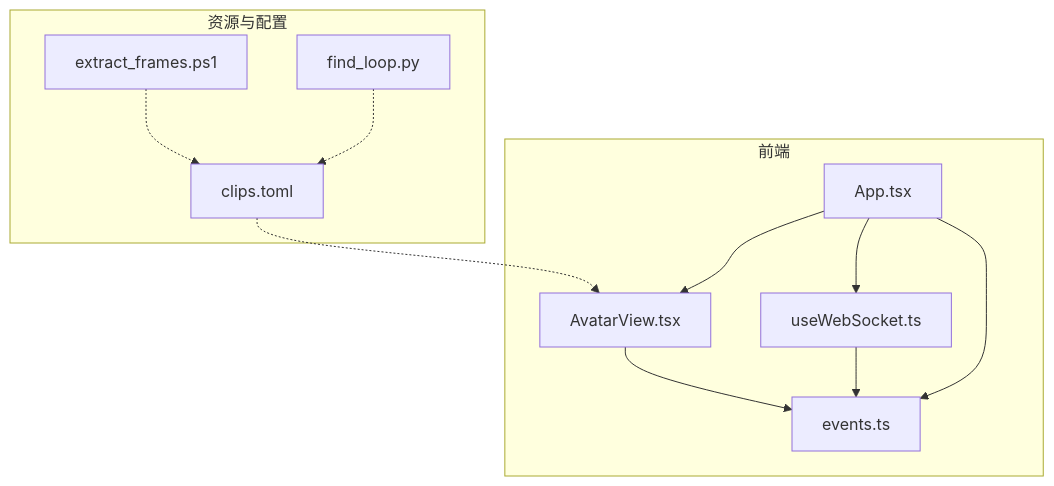
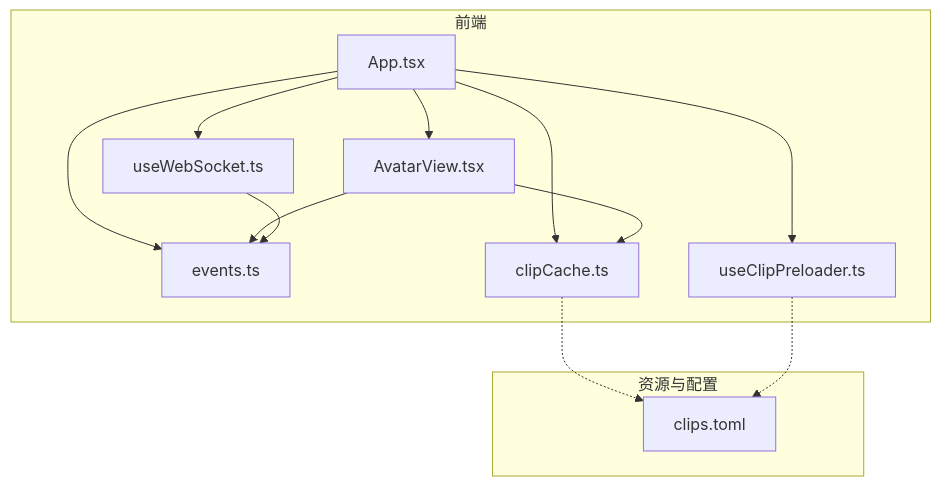
Before and after one commit to leo21cn/real-time-talk: the first of 5 diagrams in .qoder/repowiki/zh/content/系统架构/前端应用架构/虚拟形象系统.md, drawn with Mermaid. The commit also changed other lines of this file and 9 other files, not shown here.

````diff
--- a/.qoder/repowiki/zh/content/系统架构/前端应用架构/虚拟形象系统.md
+++ b/.qoder/repowiki/zh/content/系统架构/前端应用架构/虚拟形象系统.md
@@ -38,22 +48,24 @@
 ```mermaid
 graph TB
 subgraph "前端"
 A["App.tsx"]
 B["AvatarView.tsx"]
 C["useWebSocket.ts"]
 D["events.ts"]
+E["clipCache.ts"]
+F["useClipPreloader.ts"]
 end
 subgraph "资源与配置"
-E["clips.toml"]
-F["extract_frames.ps1"]
-G["find_loop.py"]
+G["clips.toml"]
 end
 A --> B
 A --> C
 A --> D
+A --> E
+A --> F
 B --> D
+B --> E
 C --> D
-E -.-> B
-F -.-> E
-G -.-> E
+E -.-> G
+F -.-> G
 ```
````
